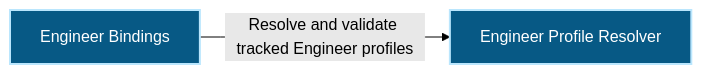
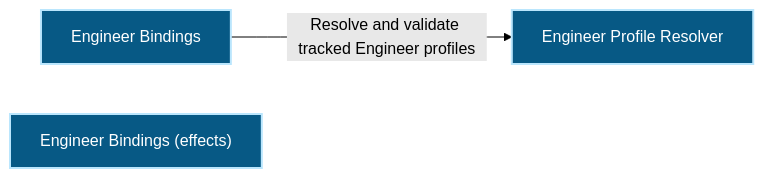
Before and after one commit to Ancienttwo/repo-harness: the first of 2 diagrams in docs/architecture/modules/runtime-harness/engineer-bindings.md, drawn with Mermaid (forest theme). The commit also changed other lines of this file and 32 other files, not shown here.

First line of the commit message:
chore(projection): refresh generated architecture outputs for main@4c37d26d25c7

````diff
--- a/docs/architecture/modules/runtime-harness/engineer-bindings.md
+++ b/docs/architecture/modules/runtime-harness/engineer-bindings.md
@@ -16,10 +16,11 @@
 ```mermaid
 flowchart LR
   p1_capability_runtime_harness_engineer_bindings_34c00f72["Engineer Bindings"]:::component
+  p1_component_engineer_bindings_effects_layer_92994264["Engineer Bindings (effects)"]:::component
   p1_component_engineer_bindings_primary_e07af6cc["Engineer Profile Resolver"]:::component
   p1_capability_runtime_harness_engineer_bindings_34c00f72 -->|"Resolve and validate tracked Engineer profiles"| p1_component_engineer_bindings_primary_e07af6cc
   classDef actor fill:#111827,color:#ffffff,stroke:#f9fafb,stroke-width:2px
   classDef component fill:#075985,color:#ffffff,stroke:#bae6fd,stroke-width:2px
   classDef datastore fill:#3f6212,color:#ffffff,stroke:#d9f99d,stroke-width:2px
   classDef external fill:#7c2d12,color:#ffffff,stroke:#fed7aa,stroke-width:2px
 ```
````
